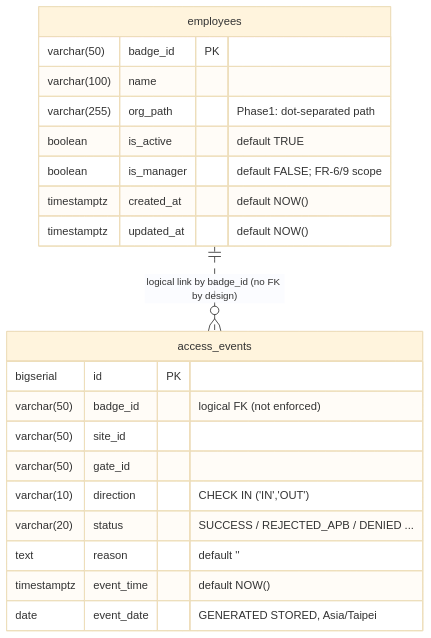
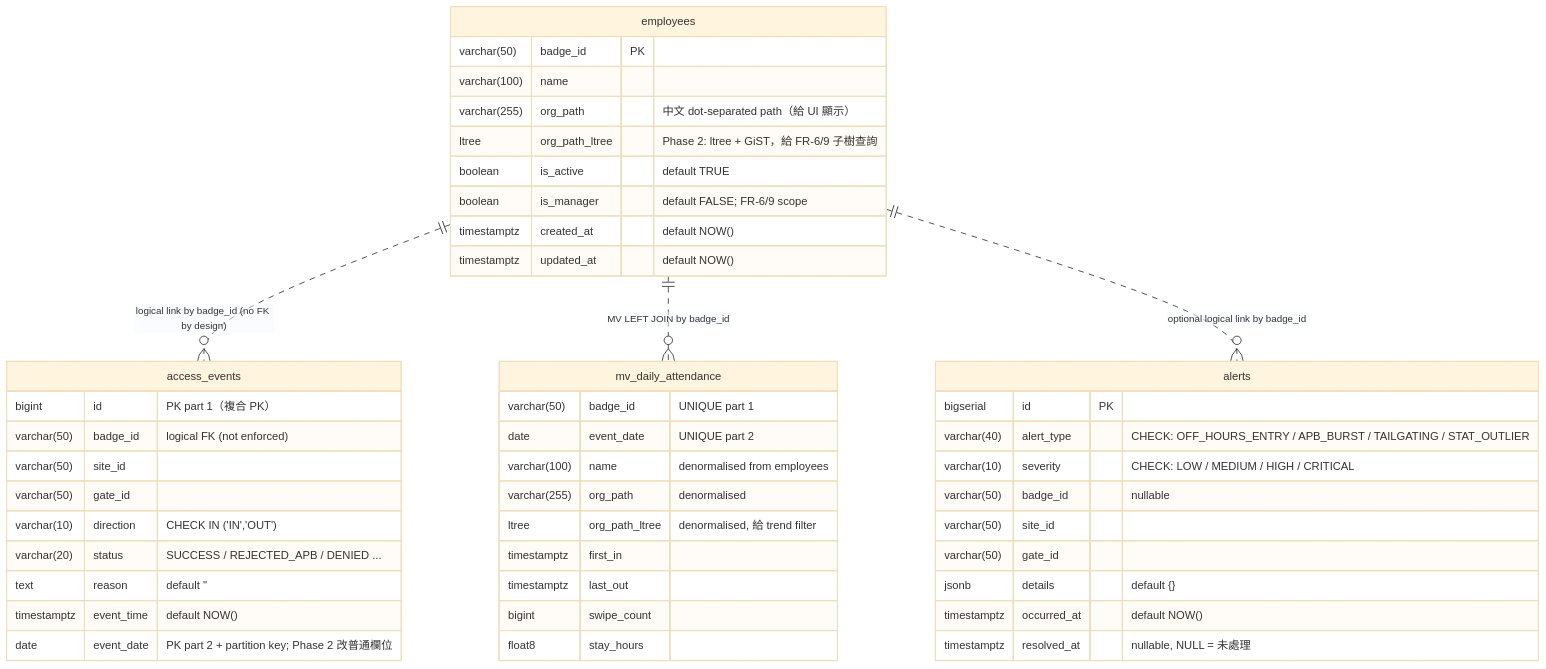
Before and after one commit to zychen1204/FP-PACS-system: the diagram in docs/database-erd.md, drawn with Mermaid (base theme). The commit also changed other lines of this file and 5 other files, not shown here.

````diff
--- a/docs/database-erd.md
+++ b/docs/database-erd.md
@@ -8,26 +10,53 @@
 ```mermaid
 erDiagram
     employees ||..o{ access_events : "logical link by badge_id (no FK by design)"
+    employees ||..o{ mv_daily_attendance : "MV LEFT JOIN by badge_id"
+    employees ||..o{ alerts : "optional logical link by badge_id"
 
     employees {
         varchar(50)  badge_id        PK
         varchar(100) name
-        varchar(255) org_path        "Phase1: dot-separated path"
+        varchar(255) org_path        "中文 dot-separated path（給 UI 顯示）"
+        ltree        org_path_ltree  "Phase 2: ltree + GiST，給 FR-6/9 子樹查詢"
         boolean      is_active       "default TRUE"
         boolean      is_manager      "default FALSE; FR-6/9 scope"
         timestamptz  created_at      "default NOW()"
         timestamptz  updated_at      "default NOW()"
     }
 
     access_events {
-        bigserial    id              PK
+        bigint       id              "PK part 1（複合 PK）"
         varchar(50)  badge_id        "logical FK (not enforced)"
         varchar(50)  site_id
         varchar(50)  gate_id
         varchar(10)  direction       "CHECK IN ('IN','OUT')"
         varchar(20)  status          "SUCCESS / REJECTED_APB / DENIED ..."
         text         reason          "default ''"
         timestamptz  event_time      "default NOW()"
-        date         event_date      "GENERATED STORED, Asia/Taipei"
+        date         event_date      "PK part 2 + partition key; Phase 2 改普通欄位"
+    }
+
+    alerts {
+        bigserial    id              PK
+        varchar(40)  alert_type      "CHECK: OFF_HOURS_ENTRY / APB_BURST / TAILGATING / STAT_OUTLIER"
+        varchar(10)  severity        "CHECK: LOW / MEDIUM / HIGH / CRITICAL"
+        varchar(50)  badge_id        "nullable"
+        varchar(50)  site_id
+        varchar(50)  gate_id
+        jsonb        details         "default {}"
+        timestamptz  occurred_at     "default NOW()"
+        timestamptz  resolved_at     "nullable, NULL = 未處理"
+    }
+
+    mv_daily_attendance {
+        varchar(50)  badge_id        "UNIQUE part 1"
+        date         event_date      "UNIQUE part 2"
+        varchar(100) name            "denormalised from employees"
+        varchar(255) org_path        "denormalised"
+        ltree        org_path_ltree  "denormalised, 給 trend filter"
+        timestamptz  first_in
+        timestamptz  last_out
+        bigint       swipe_count
+        float8       stay_hours
     }
 ```
````
